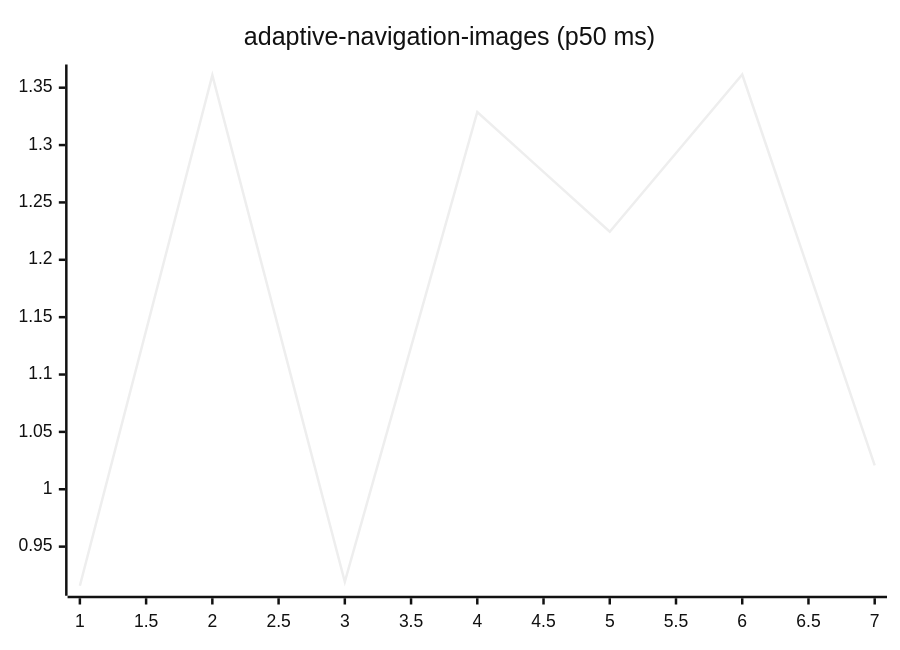
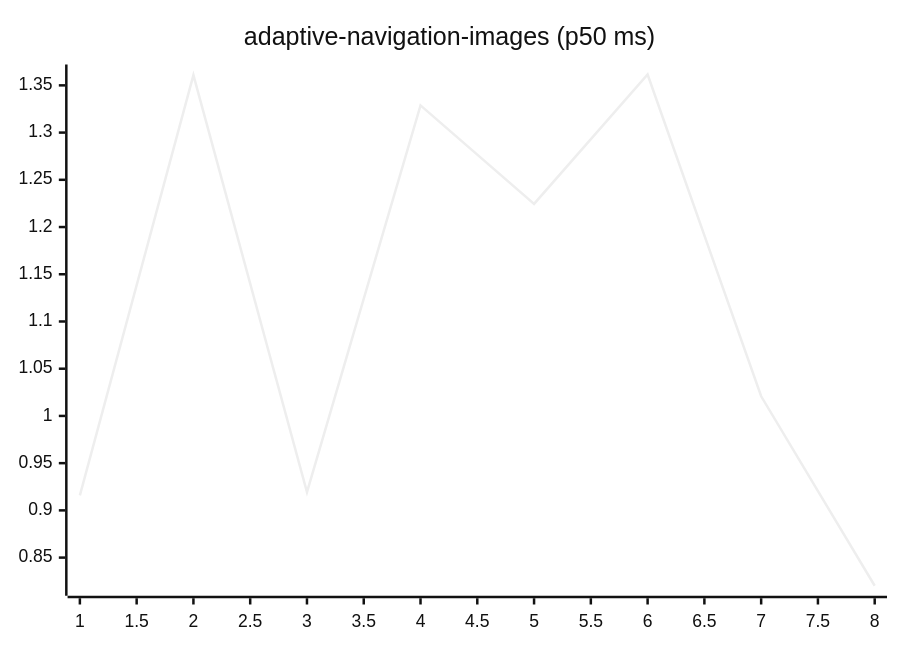
One commit to josha/Facet changed the first of 27 diagrams in README.md. Above: the diagram before and after it, drawn with Mermaid (neutral theme). The commit also changed other lines of this file and 2 other files, not shown here.

````diff
--- a/README.md
+++ b/README.md
@@ -63,6 +63,6 @@
 ```mermaid
 xychart-beta
     title "adaptive-navigation-images (p50 ms)"
-    x-axis 1 --> 7
-    line [0.9159, 1.3609, 0.9193, 1.3288, 1.2245, 1.3615, 1.0208]
+    x-axis 1 --> 8
+    line [0.9159, 1.3609, 0.9193, 1.3288, 1.2245, 1.3615, 1.0208, 0.8202]
 ```
````
